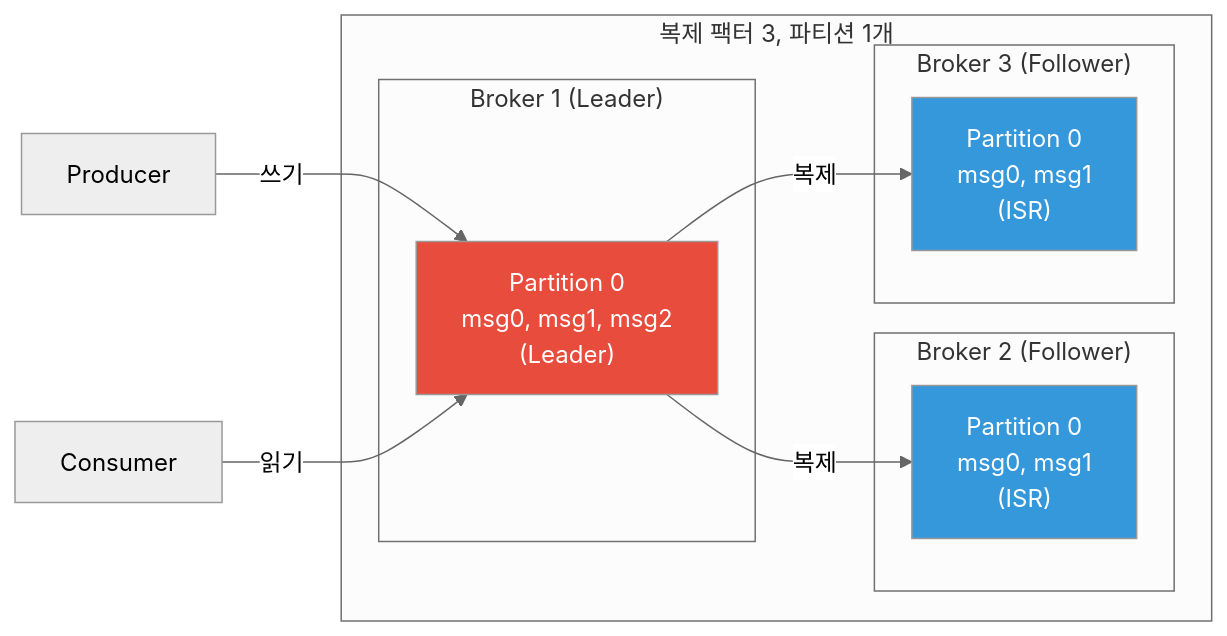
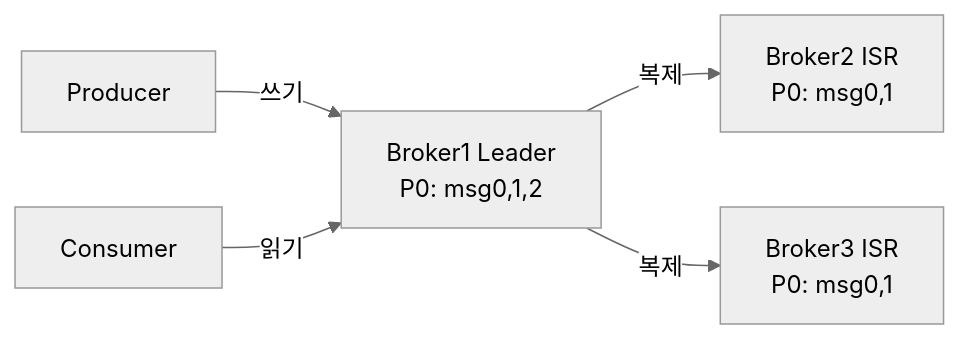
Before and after one commit to yjkim2015/yjkim2015.github.io: the first of 8 diagrams in _posts/kafka/2026-05-01-kafka-replication.md, drawn with Mermaid (neutral theme). The commit also changed other lines of this file and 215 other files, not shown here.

First line of the commit message:
신규 포스트 10개 추가 + Mermaid 전면 축소 + SystemDesign 시리즈 보강

````diff
--- a/_posts/kafka/2026-05-01-kafka-replication.md
+++ b/_posts/kafka/2026-05-01-kafka-replication.md
@@ -24,23 +24,7 @@
 ```mermaid
 graph LR
-    subgraph "복제 팩터 3, 파티션 1개"
-        subgraph "Broker 1 (Leader)"
-            L["Partition 0\nmsg0, msg1, msg2\n(Leader)"]
-        end
-        subgraph "Broker 2 (Follower)"
-            F1["Partition 0\nmsg0, msg1\n(ISR)"]
-        end
-        subgraph "Broker 3 (Follower)"
-            F2["Partition 0\nmsg0, msg1\n(ISR)"]
-        end
-    end
-
-    PROD["Producer"] -->|"쓰기"| L
-    L -->|"복제"| F1
-    L -->|"복제"| F2
-    CONS["Consumer"] -->|"읽기"| L
-
-    style L fill:#e74c3c,color:#fff
-    style F1 fill:#3498db,color:#fff
-    style F2 fill:#3498db,color:#fff
+    PROD[Producer] -->|쓰기| L["Broker1 Leader\nP0: msg0,1,2"]
+    L -->|복제| F1["Broker2 ISR\nP0: msg0,1"]
+    L -->|복제| F2["Broker3 ISR\nP0: msg0,1"]
+    CONS[Consumer] -->|읽기| L
 ```
````
